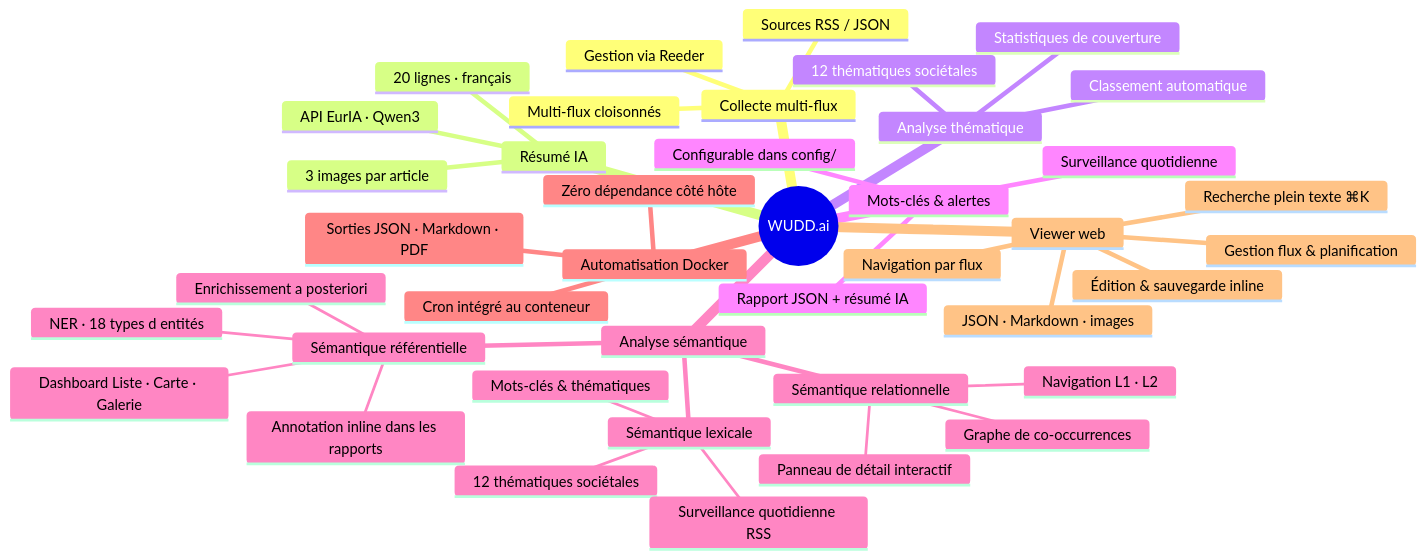
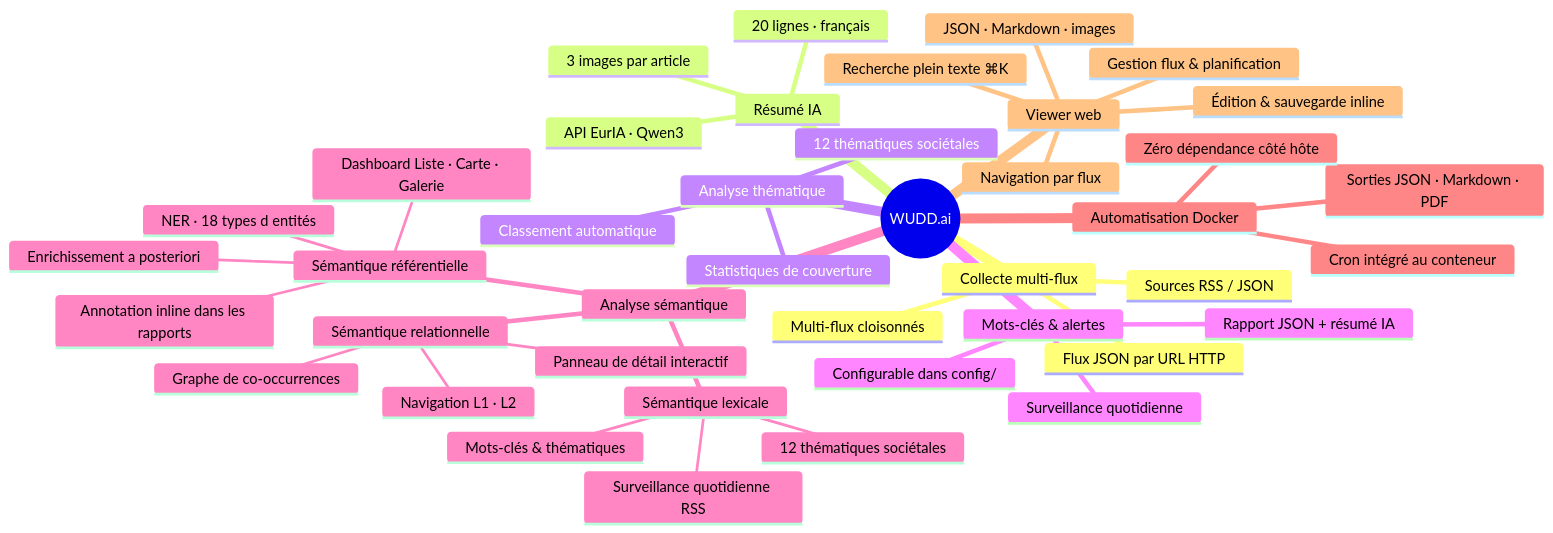
The diagram in README.md (pat-the-geek/AnalyseActualites), drawn with Mermaid before and after one commit. The commit also changed other lines of this file and 10 other files, not shown here.

First line of the commit message:
docs: suppression de toutes les références à Reeder, remplacement par flux JSON par URL HTTP

````diff
--- a/README.md
+++ b/README.md
@@ -70,44 +70,44 @@
 ```mermaid
 mindmap
   root((WUDD.ai))
     Collecte multi-flux
       Sources RSS / JSON
-      Gestion via Reeder
+      Flux JSON par URL HTTP
       Multi-flux cloisonnés
     Résumé IA
       API EurIA · Qwen3
       20 lignes · français
       3 images par article
     Analyse thématique
       12 thématiques sociétales
       Statistiques de couverture
       Classement automatique
     Mots-clés & alertes
       Surveillance quotidienne
       Rapport JSON + résumé IA
       Configurable dans config/
     Analyse sémantique
       Sémantique lexicale
         Mots-clés & thématiques
         12 thématiques sociétales
         Surveillance quotidienne RSS
       Sémantique référentielle
         NER · 18 types d entités
         Enrichissement a posteriori
         Dashboard Liste · Carte · Galerie
         Annotation inline dans les rapports
       Sémantique relationnelle
         Graphe de co-occurrences
         Navigation L1 · L2
         Panneau de détail interactif
     Automatisation Docker
       Cron intégré au conteneur
       Sorties JSON · Markdown · PDF
       Zéro dépendance côté hôte
     Viewer web
       Navigation par flux
       JSON · Markdown · images
       Recherche plein texte ⌘K
       Édition & sauvegarde inline
       Gestion flux & planification
 ```
````
